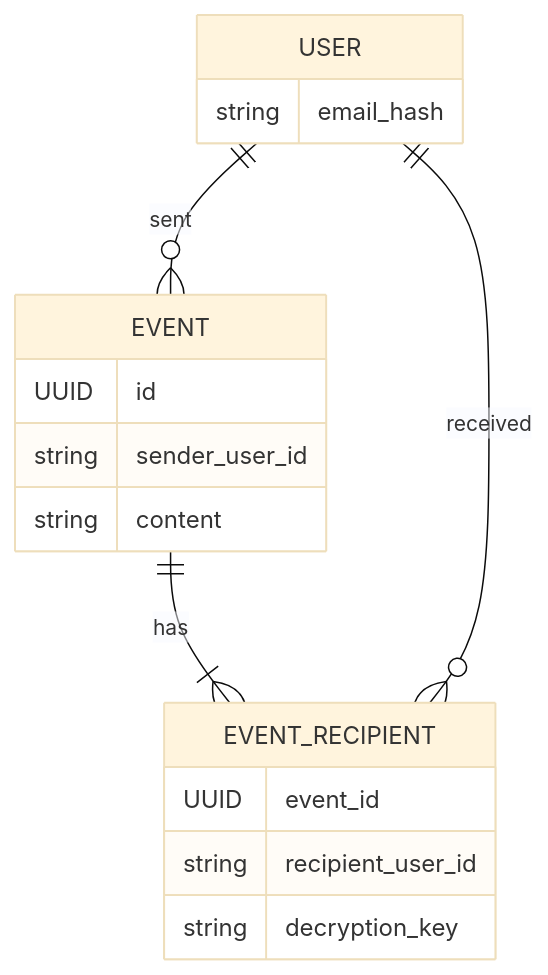
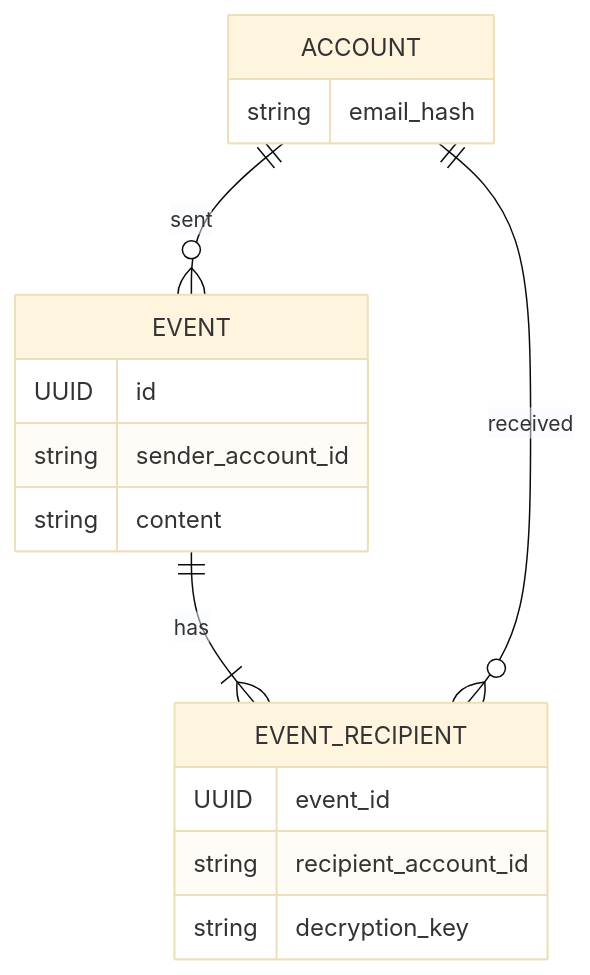
Before and after one commit to extreme-business/lingo: the first of 3 diagrams in README.md, drawn with Mermaid (base theme). The commit also changed other lines of this file and 29 other files, not shown here.

````diff
--- a/README.md
+++ b/README.md
@@ -18,19 +25,19 @@
 ```mermaid
 erDiagram
     EVENT {
         UUID id
-        string sender_user_id
+        string sender_account_id
         string content
     }
     EVENT_RECIPIENT {
         UUID event_id
-        string recipient_user_id
+        string recipient_account_id
         string decryption_key
     }
-    USER {
+    ACCOUNT {
         string email_hash
     }
-    USER ||--o{ EVENT : sent
+    ACCOUNT ||--o{ EVENT : sent
     EVENT ||--|{ EVENT_RECIPIENT : has
-    USER ||--o{ EVENT_RECIPIENT : received
+    ACCOUNT ||--o{ EVENT_RECIPIENT : received
 ```
````
